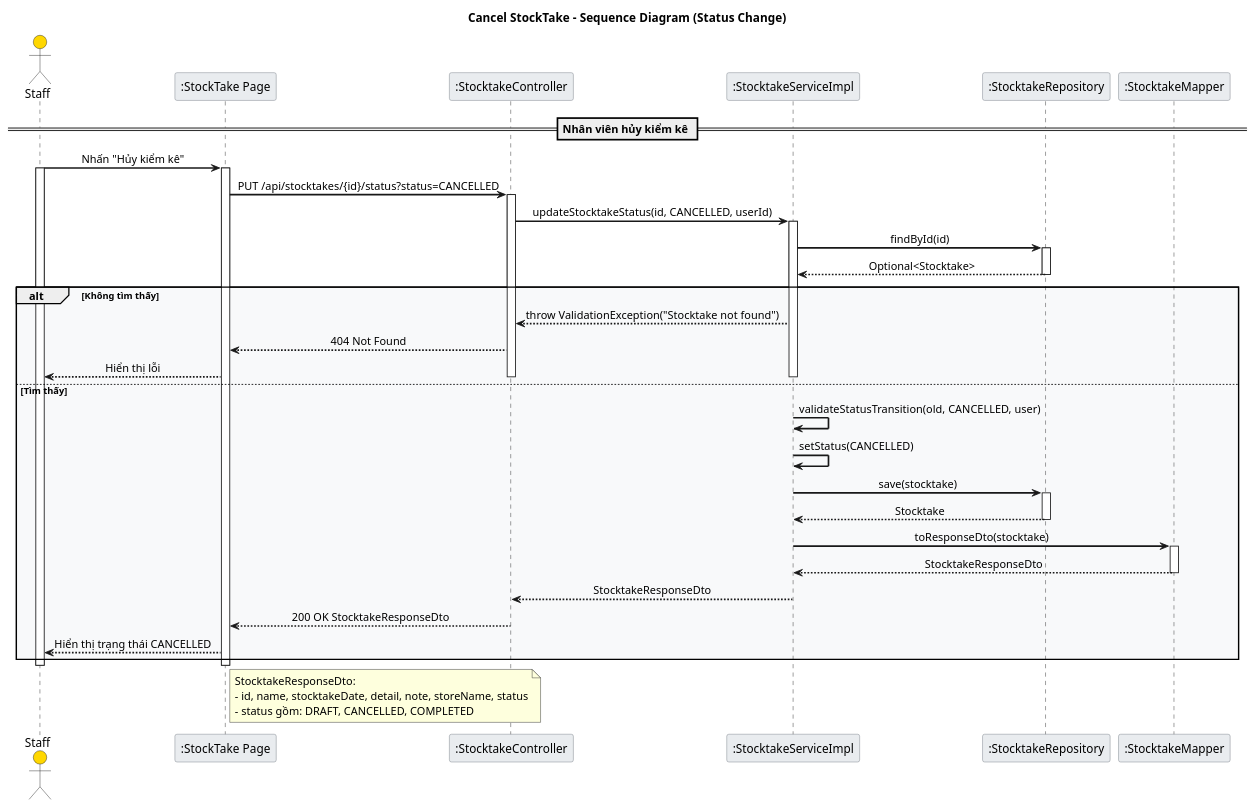
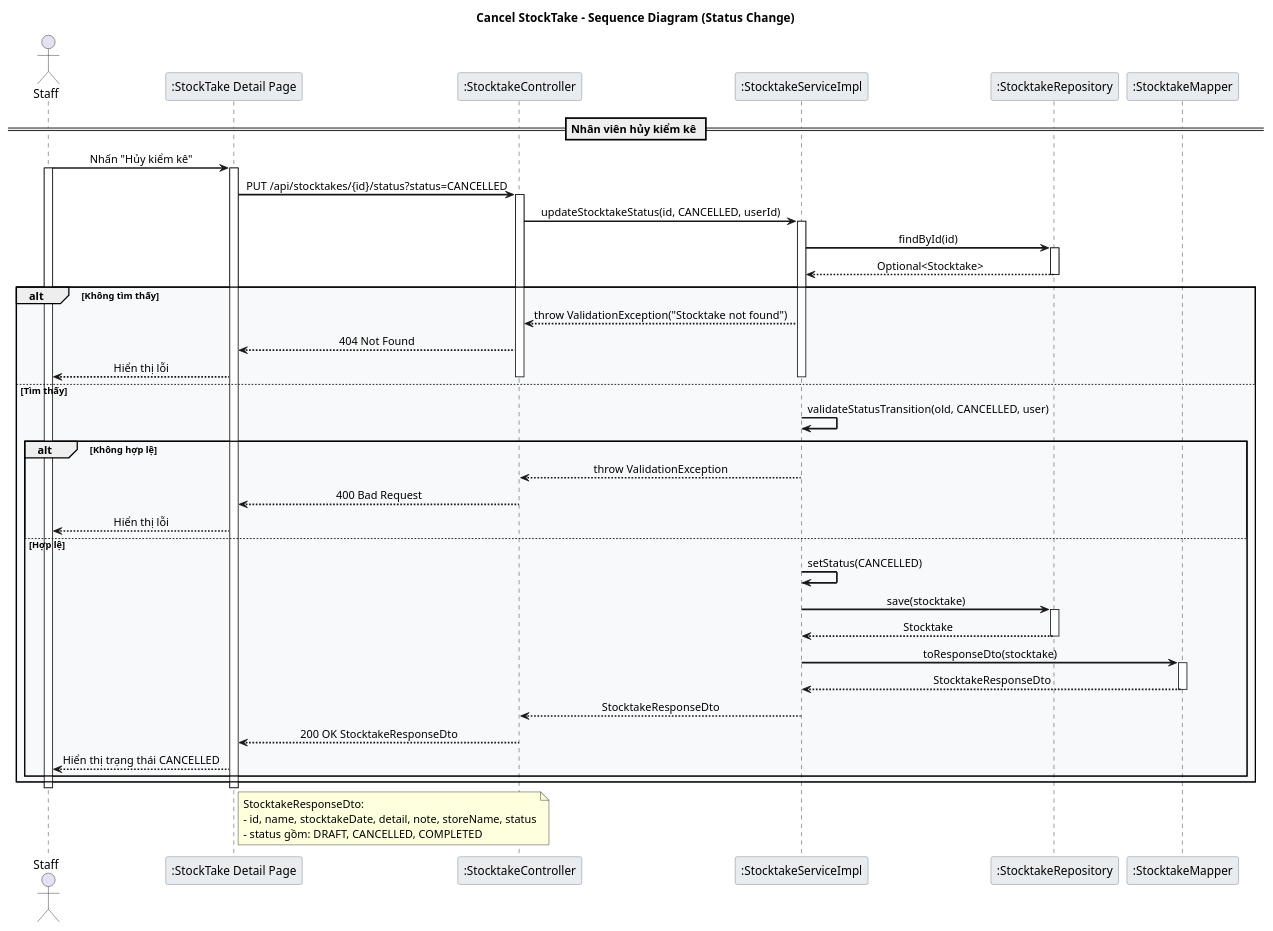
The diagram in Stocktake_Cancel_Sequence.puml (LamVNT/Farmovo), drawn with PlantUML before and after one commit. The commit also changed 20 other files, not shown here.

Commit message:
Fix Sequence diagram

```diff
--- a/Stocktake_Cancel_Sequence.puml
+++ b/Stocktake_Cancel_Sequence.puml
@@ -1,73 +1,79 @@
 @startuml Stocktake_Cancel_Sequence
 
 skinparam backgroundColor white
 skinparam sequenceArrowThickness 2
 skinparam sequenceMessageAlign center
 skinparam sequenceGroupBodyBackgroundColor #F8F9FA
 skinparam sequenceParticipantBorderColor #6C757D
 skinparam sequenceParticipantBackgroundColor #E9ECEF
 skinparam sequenceLifeLineStroke dash
-skinparam actorBackgroundColor #FFD700
 
 title Cancel StockTake - Sequence Diagram (Status Change)
 
 actor Staff
-participant ":StockTake Page" as UI
+participant ":StockTake Detail Page" as UI
 participant ":StocktakeController" as Controller
 participant ":StocktakeServiceImpl" as Service
 participant ":StocktakeRepository" as StocktakeRepo
 participant ":StocktakeMapper" as Mapper
 
 == Nhân viên hủy kiểm kê ==
 Staff -> UI: Nhấn "Hủy kiểm kê"
 activate Staff
 activate UI
 
 UI -> Controller: PUT /api/stocktakes/{id}/status?status=CANCELLED
 activate Controller
 Controller -> Service: updateStocktakeStatus(id, CANCELLED, userId)
 activate Service
 
 Service -> StocktakeRepo: findById(id)
 activate StocktakeRepo
 StocktakeRepo --> Service: Optional<Stocktake>
 deactivate StocktakeRepo
 
 alt Không tìm thấy
     Service --> Controller: throw ValidationException("Stocktake not found")
     Controller --> UI: 404 Not Found
     UI --> Staff: Hiển thị lỗi
     deactivate Service
     deactivate Controller
 else Tìm thấy
     Service -> Service: validateStatusTransition(old, CANCELLED, user)
-    Service -> Service: setStatus(CANCELLED)
-    Service -> StocktakeRepo: save(stocktake)
-    activate StocktakeRepo
-    StocktakeRepo --> Service: Stocktake
-    deactivate StocktakeRepo
+    alt Không hợp lệ
+        Service --> Controller: throw ValidationException
+        Controller --> UI: 400 Bad Request
+        UI --> Staff: Hiển thị lỗi
+        deactivate Service
+        deactivate Controller
+    else Hợp lệ
+        Service -> Service: setStatus(CANCELLED)
+        Service -> StocktakeRepo: save(stocktake)
+        activate StocktakeRepo
+        StocktakeRepo --> Service: Stocktake
+        deactivate StocktakeRepo
 
-    Service -> Mapper: toResponseDto(stocktake)
-    activate Mapper
-    Mapper --> Service: StocktakeResponseDto
-    deactivate Mapper
+        Service -> Mapper: toResponseDto(stocktake)
+        activate Mapper
+        Mapper --> Service: StocktakeResponseDto
+        deactivate Mapper
 
-    Service --> Controller: StocktakeResponseDto
-    deactivate Service
+        Service --> Controller: StocktakeResponseDto
+        deactivate Service
 
-    Controller --> UI: 200 OK StocktakeResponseDto
-    UI --> Staff: Hiển thị trạng thái CANCELLED
-    deactivate Controller
+        Controller --> UI: 200 OK StocktakeResponseDto
+        deactivate Controller
+        UI --> Staff: Hiển thị trạng thái CANCELLED
+    end
 end
-
 
 deactivate UI
 deactivate Staff
 
 note right of UI
 StocktakeResponseDto:
 - id, name, stocktakeDate, detail, note, storeName, status
 - status gồm: DRAFT, CANCELLED, COMPLETED
 end note
 
 @enduml
```
